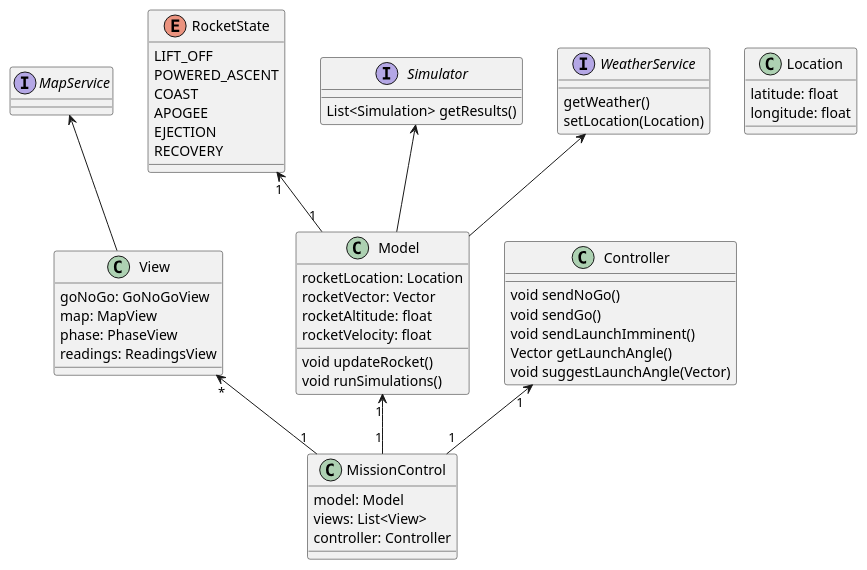
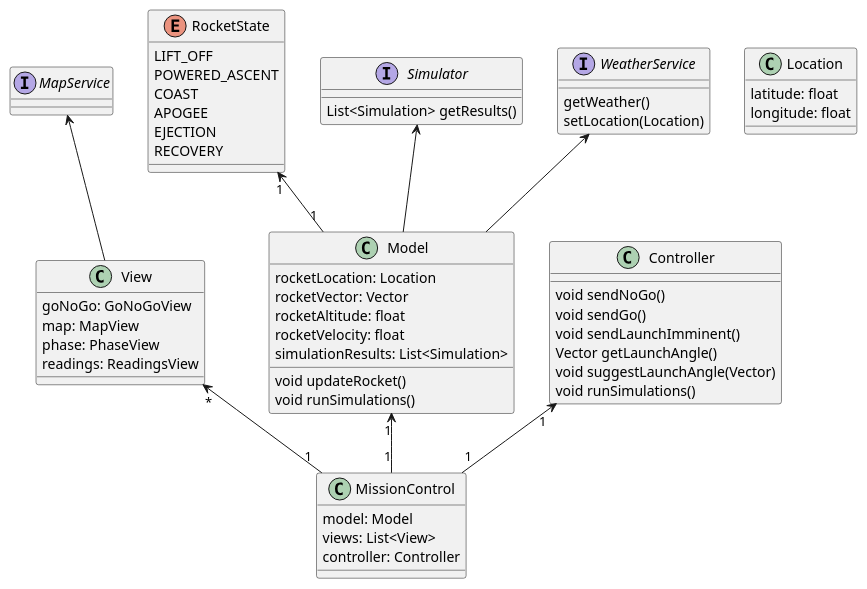
One commit to andrewellio/mission-control- changed the diagram in uml_diagrams/class_diagram/class_diagram.puml. Above: the diagram before and after it, drawn with PlantUML.

Commit message:
suggest storage of simulations

```diff
--- a/uml_diagrams/class_diagram/class_diagram.puml
+++ b/uml_diagrams/class_diagram/class_diagram.puml
@@ -1,65 +1,67 @@
 @startuml MissionControl
 class MissionControl {
     model: Model
     views: List<View>
     controller: Controller
 }
 
 class View {
   goNoGo: GoNoGoView
   map: MapView
   phase: PhaseView
   readings: ReadingsView
 }
 
 class Model {
   rocketLocation: Location
   rocketVector: Vector
   rocketAltitude: float
   rocketVelocity: float
+  simulationResults: List<Simulation>
 
   void updateRocket()
   void runSimulations()
 }
 
 class Controller {
   void sendNoGo()
   void sendGo()
   void sendLaunchImminent()
   Vector getLaunchAngle()
   void suggestLaunchAngle(Vector)
+  void runSimulations()
 }
 
 View "*" <-- "1" MissionControl
 Model "1" <-- "1" MissionControl
 Controller "1" <-- "1" MissionControl
 
 enum RocketState {
   LIFT_OFF
   POWERED_ASCENT
   COAST
   APOGEE
   EJECTION
   RECOVERY
 }
 
 class Location {
     latitude: float
     longitude: float
 }
 
 RocketState "1" <-- "1" Model
 
 interface Simulator {
     List<Simulation> getResults()
 }
 interface WeatherService {
     getWeather()
     setLocation(Location)
 }
 interface MapService
 
 Simulator <-- Model
 WeatherService <-- Model
 MapService <-- View
 @enduml
```
